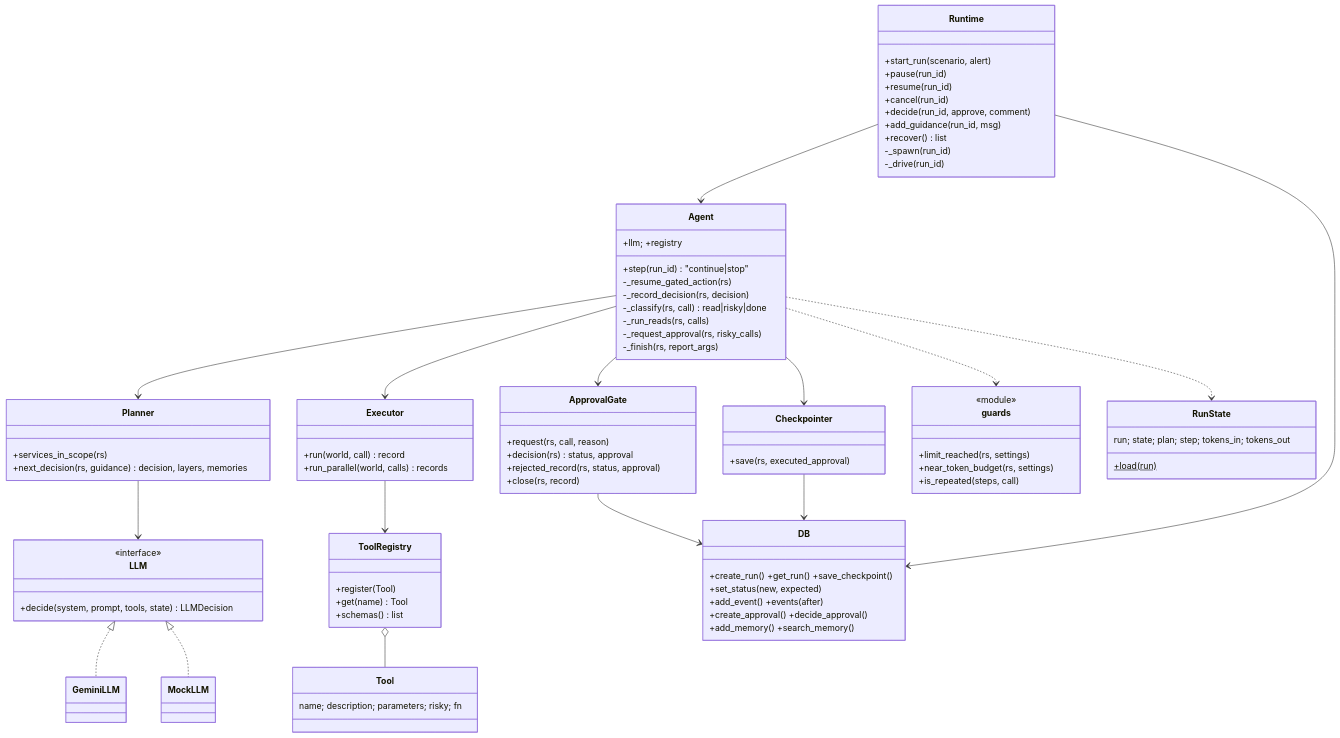
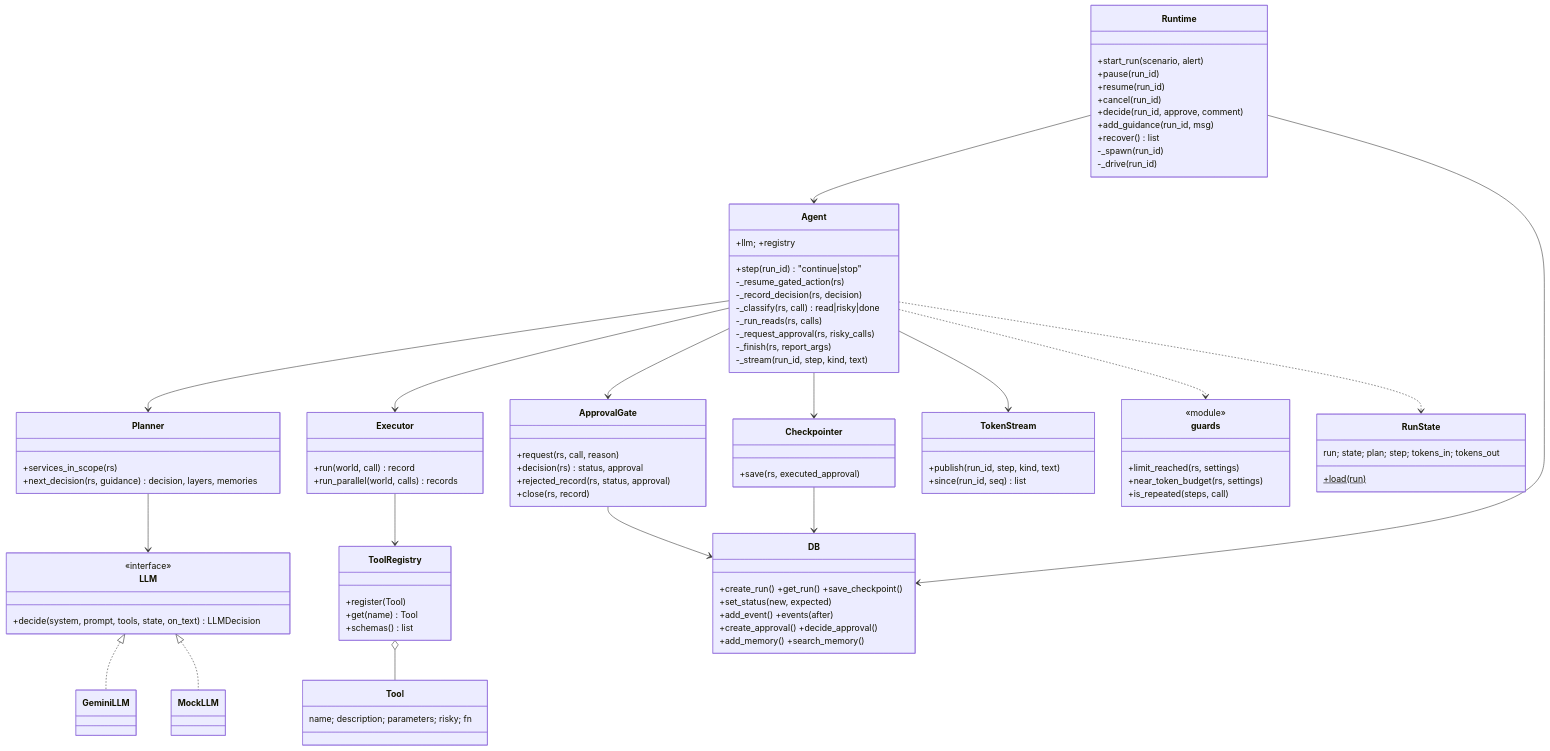
Before and after one commit to Zulfiqar7862/incident-triage-agent-gemini: the first of 6 diagrams in docs/LLD.md, drawn with Mermaid. The commit also changed other lines of this file and 3 other files, not shown here.

```diff
--- a/docs/LLD.md
+++ b/docs/LLD.md
@@ -24,6 +24,7 @@
       -_run_reads(rs, calls)
       -_request_approval(rs, risky_calls)
       -_finish(rs, report_args)
+      -_stream(run_id, step, kind, text)
     }
     class RunState {
       run; state; plan; step; tokens_in; tokens_out
@@ -54,7 +55,11 @@
     }
     class LLM {
       <<interface>>
-      +decide(system, prompt, tools, state) LLMDecision
+      +decide(system, prompt, tools, state, on_text) LLMDecision
+    }
+    class TokenStream {
+      +publish(run_id, step, kind, text)
+      +since(run_id, seq) list
     }
     class GeminiLLM
     class MockLLM
@@ -79,6 +84,7 @@
     Agent --> Executor
     Agent --> ApprovalGate
     Agent --> Checkpointer
+    Agent --> TokenStream
     Agent ..> guards
     Agent ..> RunState
     Planner --> LLM
```
